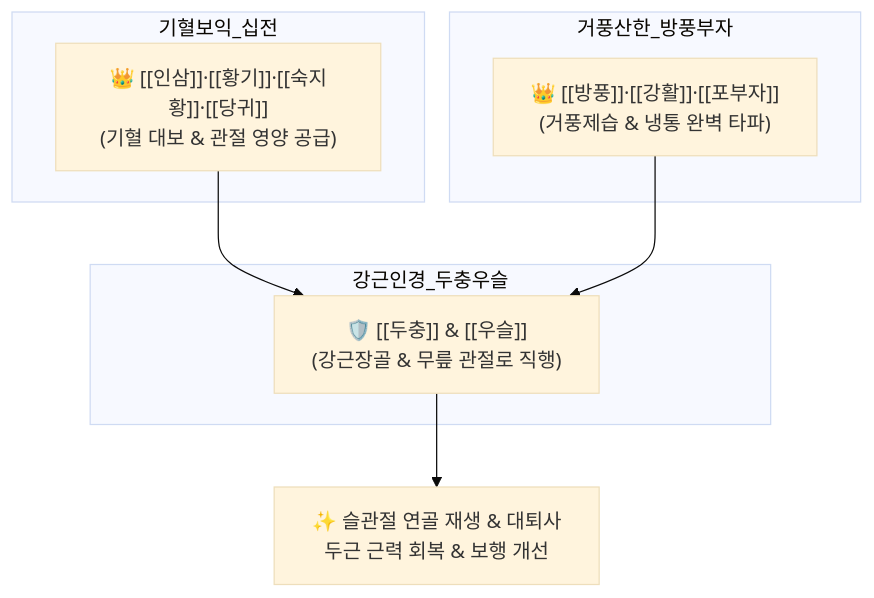
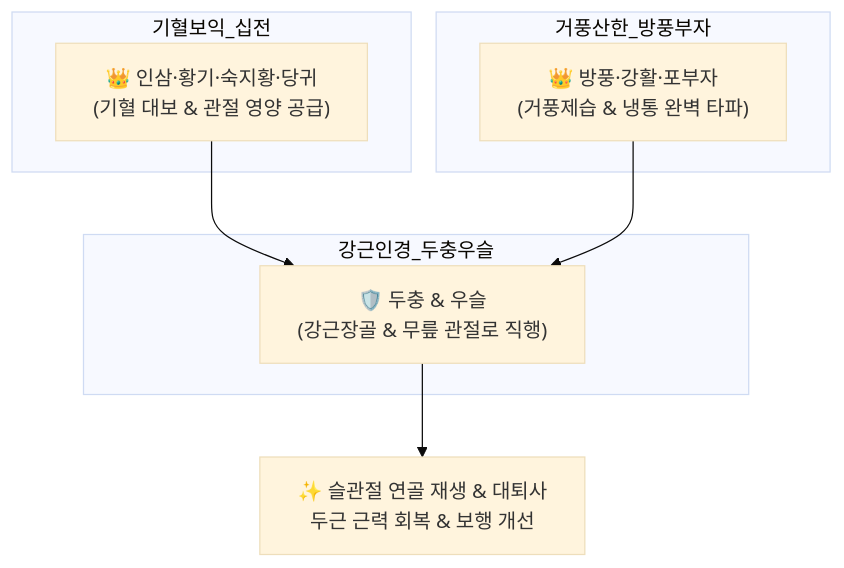
The diagram in content/2. 약리 공부/처방/02_보익제/대방풍탕.md (simbio11/simbio-digital-garden2), drawn with Mermaid (base theme) before and after one commit. The commit also changed other lines of this file and 323 other files, not shown here.

````diff
--- a/content/2. 약리 공부/처방/02_보익제/대방풍탕.md
+++ b/content/2. 약리 공부/처방/02_보익제/대방풍탕.md
@@ -48,15 +51,15 @@
 ```mermaid
 graph TD
     subgraph 기혈보익_십전
-        SJ["👑 [[인삼]]·[[황기]]·[[숙지황]]·[[당귀]]<br>(기혈 대보 & 관절 영양 공급)"]
+        SJ["👑 인삼·황기·숙지황·당귀<br>(기혈 대보 & 관절 영양 공급)"]
     end
     subgraph 강근인경_두충우슬
-        DC["🛡️ [[두충]] & [[우슬]]<br>(강근장골 & 무릎 관절로 직행)"]
+        DC["🛡️ 두충 & 우슬<br>(강근장골 & 무릎 관절로 직행)"]
     end
     subgraph 거풍산한_방풍부자
-        BF["👑 [[방풍]]·[[강활]]·[[포부자]]<br>(거풍제습 & 냉통 완벽 타파)"]
+        BF["👑 방풍·강활·포부자<br>(거풍제습 & 냉통 완벽 타파)"]
     end
     SJ --> DC
     BF --> DC
     DC --> Target["✨ 슬관절 연골 재생 & 대퇴사두근 근력 회복 & 보행 개선"]
 ```
````
